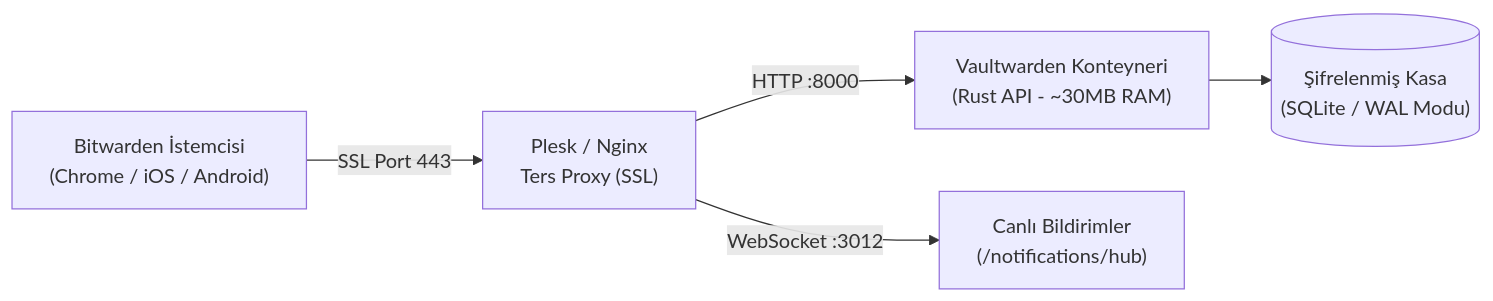
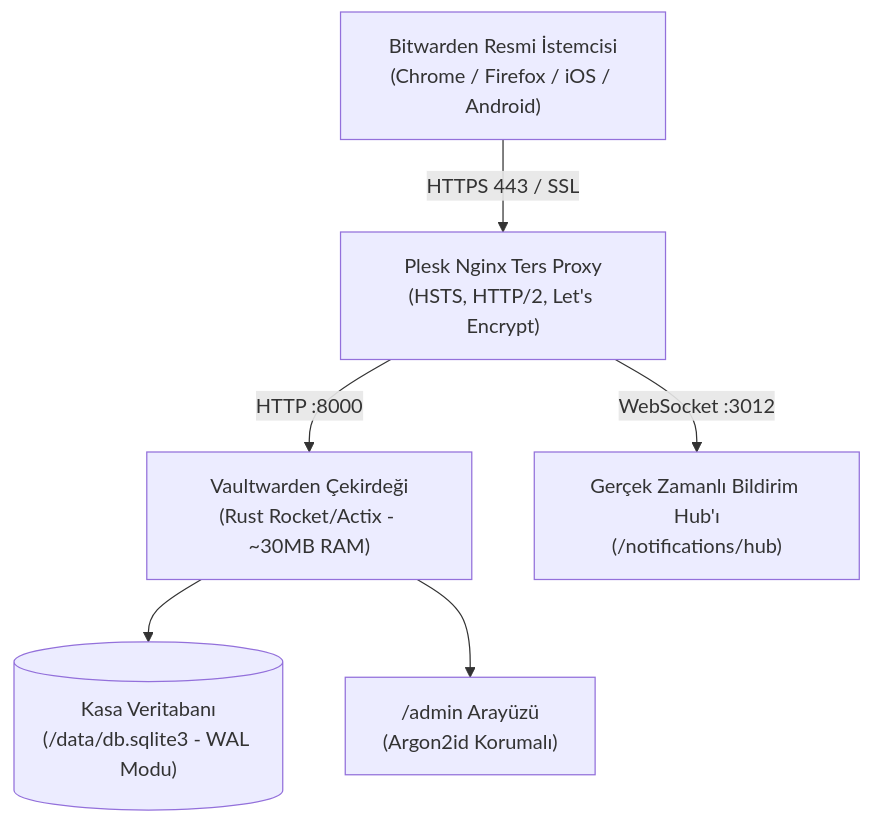
The diagram in src/content/broadcasts/tr/vaultwarden-kurulumu.md (oaonuraksoy/oaonuraksoy), drawn with Mermaid before and after one commit. The commit also changed other lines of this file and 28 other files, not shown here.

Commit message:
feat(broadcasts): humanize 10 video case studies, add vault assets, webp covers and faqpage schema

````diff
--- a/src/content/broadcasts/tr/vaultwarden-kurulumu.md
+++ b/src/content/broadcasts/tr/vaultwarden-kurulumu.md
@@ -40,7 +56,8 @@
 ```mermaid
-flowchart LR
-    Client["Bitwarden İstemcisi<br/>(Chrome / iOS / Android)"] -->|SSL Port 443| Nginx["Plesk / Nginx<br/>Ters Proxy (SSL)"]
-    Nginx -->|HTTP :8000| VW["Vaultwarden Konteyneri<br/>(Rust API - ~30MB RAM)"]
-    Nginx -->|WebSocket :3012| WS["Canlı Bildirimler<br/>(/notifications/hub)"]
-    VW --> DB[("Şifrelenmiş Kasa<br/>(SQLite / WAL Modu)")]
+flowchart TD
+    Client["Bitwarden Resmi İstemcisi<br/>(Chrome / Firefox / iOS / Android)"] -->|HTTPS 443 / SSL| Nginx["Plesk Nginx Ters Proxy<br/>(HSTS, HTTP/2, Let's Encrypt)"]
+    Nginx -->|HTTP :8000| Core["Vaultwarden Çekirdeği<br/>(Rust Rocket/Actix - ~30MB RAM)"]
+    Nginx -->|WebSocket :3012| Push["Gerçek Zamanlı Bildirim Hub'ı<br/>(/notifications/hub)"]
+    Core --> SQLite[("Kasa Veritabanı<br/>(/data/db.sqlite3 - WAL Modu)")]
+    Core --> AdminPanel["/admin Arayüzü<br/>(Argon2id Korumalı)"]
 ```
````
